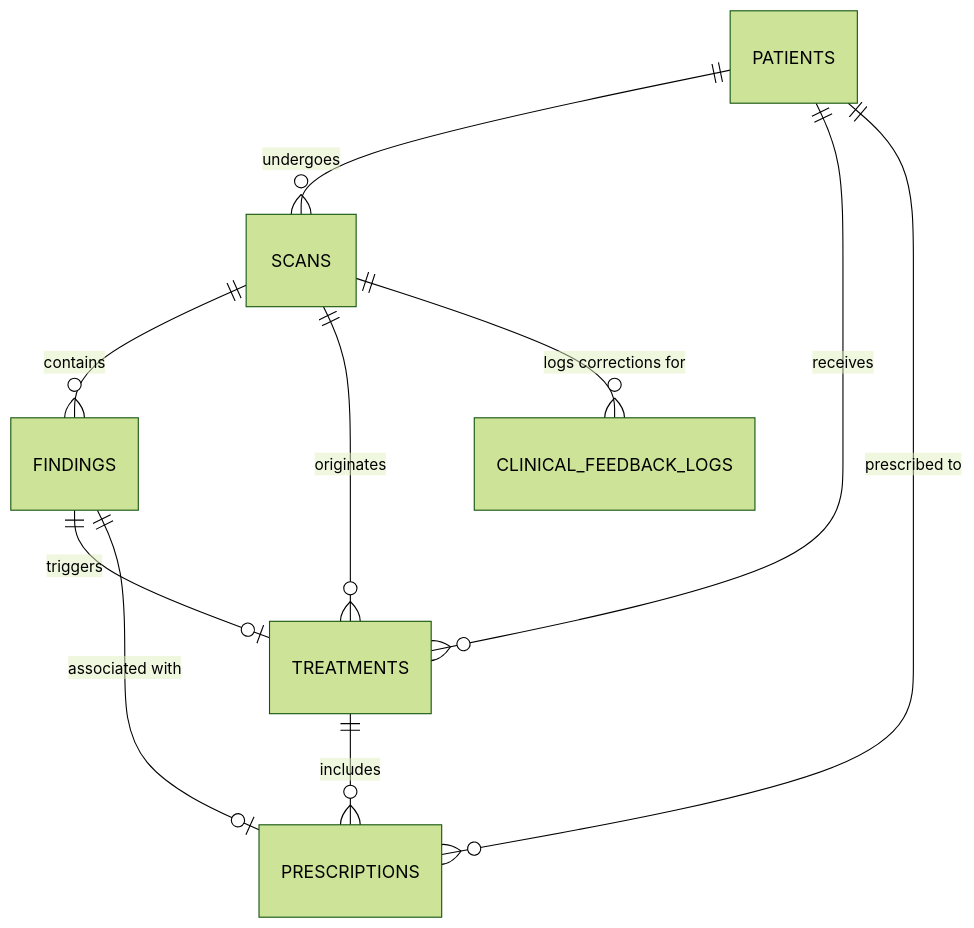
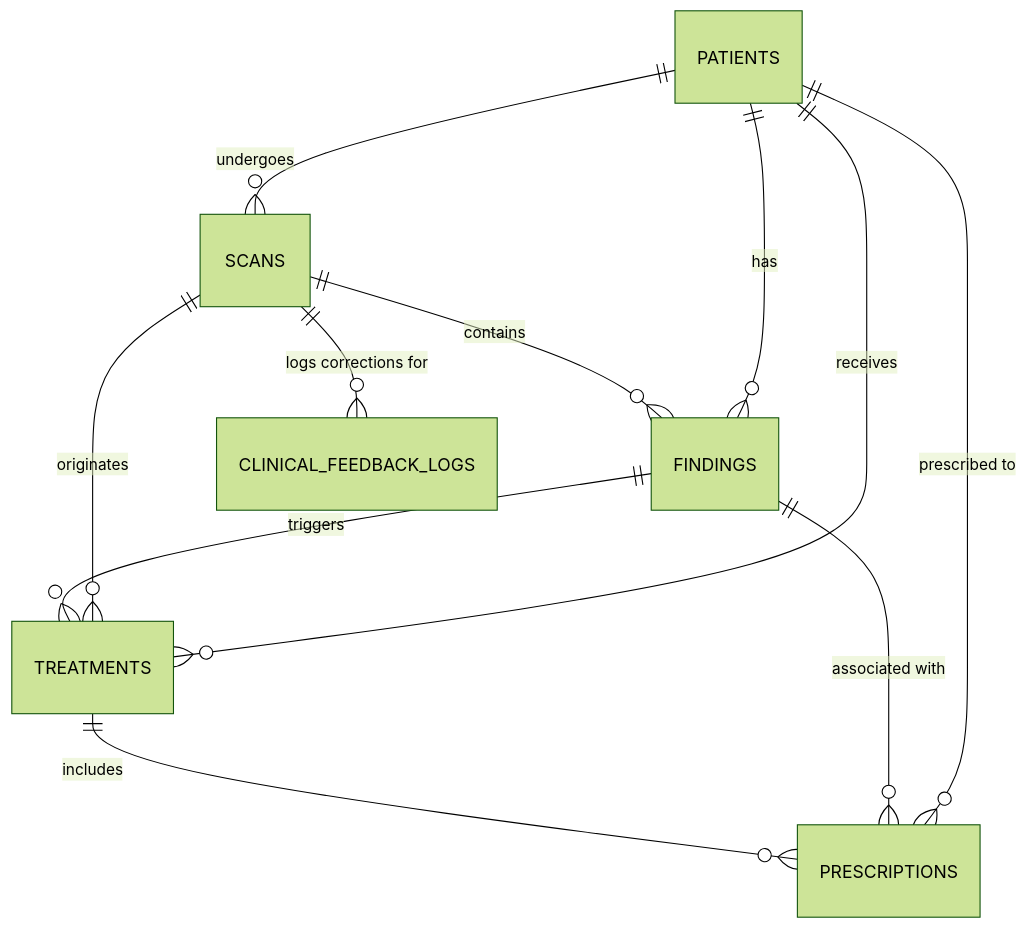
One commit to sayfeldinn/dental-xray-ai-assistant changed the diagram in docs/DATABASE_SPEC.md. Above: the diagram before and after it, drawn with Mermaid (forest theme). The commit also changed other lines of this file and 49 other files, not shown here.

````diff
--- a/docs/DATABASE_SPEC.md
+++ b/docs/DATABASE_SPEC.md
@@ -9,15 +9,16 @@
 ```mermaid
 erDiagram
     PATIENTS ||--o{ SCANS : "undergoes"
+    PATIENTS ||--o{ FINDINGS : "has"
     PATIENTS ||--o{ TREATMENTS : "receives"
     PATIENTS ||--o{ PRESCRIPTIONS : "prescribed to"
-    
+
     SCANS ||--o{ FINDINGS : "contains"
     SCANS ||--o{ TREATMENTS : "originates"
     SCANS ||--o{ CLINICAL_FEEDBACK_LOGS : "logs corrections for"
-    
-    FINDINGS ||--o| TREATMENTS : "triggers"
-    FINDINGS ||--o| PRESCRIPTIONS : "associated with"
-    
+
+    FINDINGS ||--o{ TREATMENTS : "triggers"
+    FINDINGS ||--o{ PRESCRIPTIONS : "associated with"
+
     TREATMENTS ||--o{ PRESCRIPTIONS : "includes"
 ```
````
